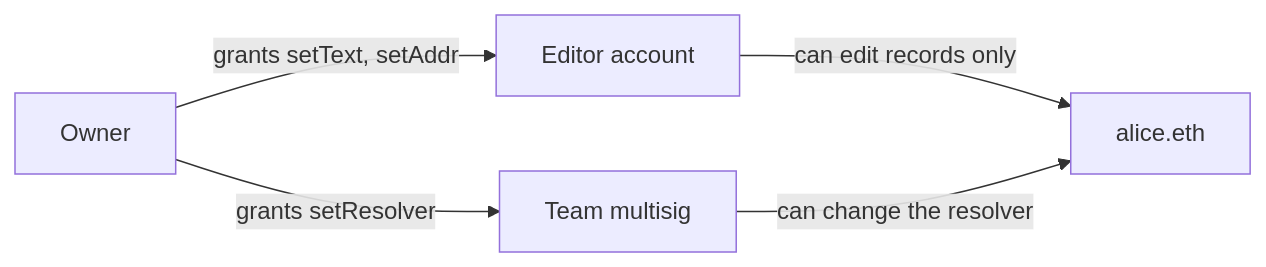
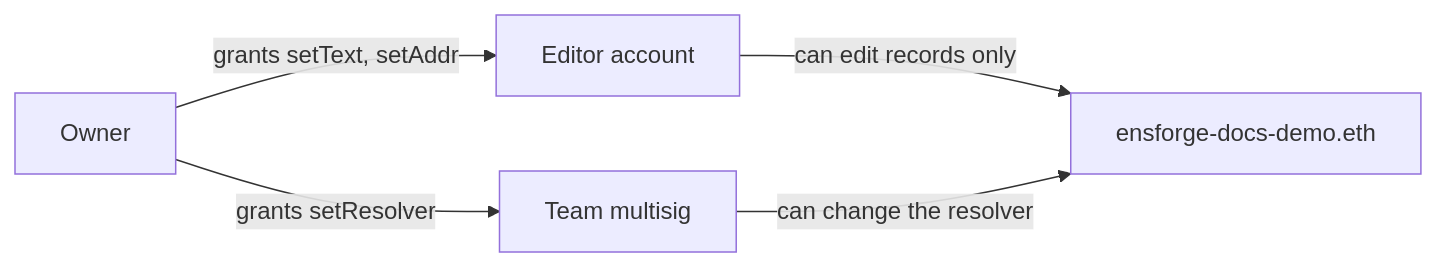
One commit to thenamespace/ensforge changed the second of 2 diagrams in apps/docs/content/docs/sdk/(how-ens-works)/who-can-change-a-name.mdx. Above: the diagram before and after it, drawn with Mermaid. The commit also changed other lines of this file and 60 other files, not shown here.

Commit message:
docs(sdk): tighten descriptions, fix examples, diagrams and names for 1.0.1

````diff
--- a/apps/docs/content/docs/sdk/(how-ens-works)/who-can-change-a-name.mdx
+++ b/apps/docs/content/docs/sdk/(how-ens-works)/who-can-change-a-name.mdx
@@ -73,7 +61,7 @@
 ```mermaid
 flowchart LR
   O[Owner] -->|grants setText, setAddr| E[Editor account]
   O -->|grants setResolver| T[Team multisig]
-  E -->|can edit records only| N["alice.eth"]
+  E -->|can edit records only| N["ensforge-docs-demo.eth"]
   T -->|can change the resolver| N
 ```
````
